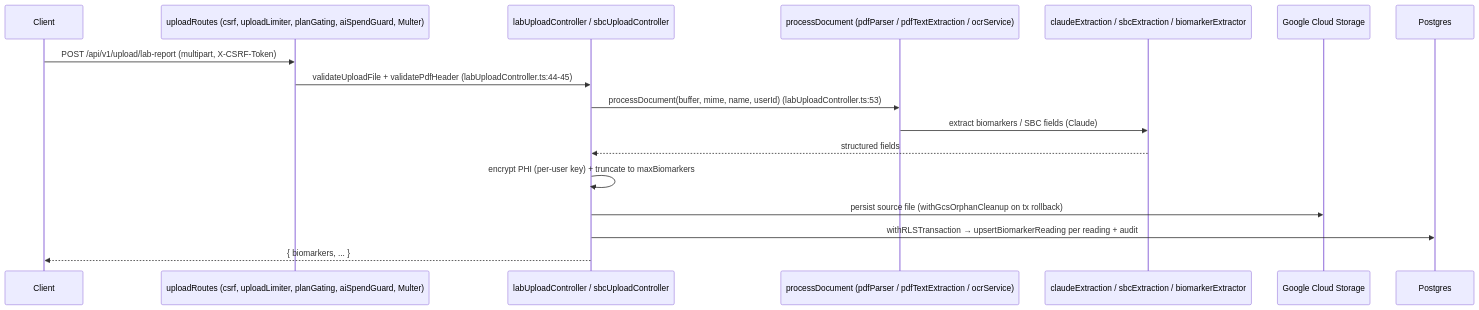
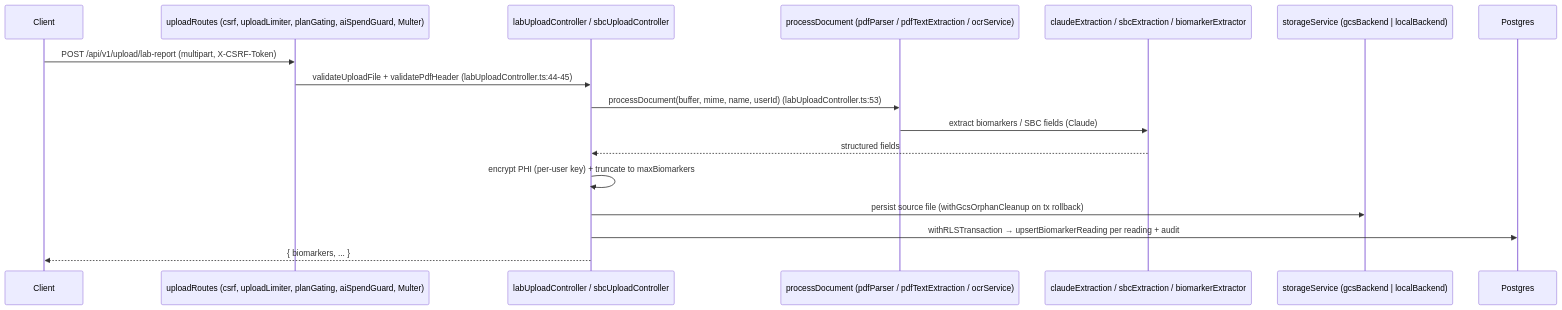
Before and after one commit to breilly1296/OwnMyHealth-Claude: the seventh of 10 diagrams in New Project Documents/ARCHITECTURE.md, drawn with Mermaid. The commit also changed other lines of this file and 25 other files, not shown here.

````diff
--- a/New Project Documents/ARCHITECTURE.md
+++ b/New Project Documents/ARCHITECTURE.md
@@ -535,20 +619,20 @@
 ```mermaid
 sequenceDiagram
   participant C as Client
   participant R as uploadRoutes (csrf, uploadLimiter, planGating, aiSpendGuard, Multer)
   participant U as labUploadController / sbcUploadController
   participant OCR as processDocument (pdfParser / pdfTextExtraction / ocrService)
   participant AI as claudeExtraction / sbcExtraction / biomarkerExtractor
-  participant GCS as Google Cloud Storage
+  participant ST as storageService (gcsBackend | localBackend)
   participant DB as Postgres
 
   C->>R: POST /api/v1/upload/lab-report (multipart, X-CSRF-Token)
   R->>U: validateUploadFile + validatePdfHeader (labUploadController.ts:44-45)
   U->>OCR: processDocument(buffer, mime, name, userId) (labUploadController.ts:53)
   OCR->>AI: extract biomarkers / SBC fields (Claude)
   AI-->>U: structured fields
   U->>U: encrypt PHI (per-user key) + truncate to maxBiomarkers
-  U->>GCS: persist source file (withGcsOrphanCleanup on tx rollback)
+  U->>ST: persist source file (withGcsOrphanCleanup on tx rollback)
   U->>DB: withRLSTransaction → upsertBiomarkerReading per reading + audit
   U-->>C: { biomarkers, ... }
 ```
````
